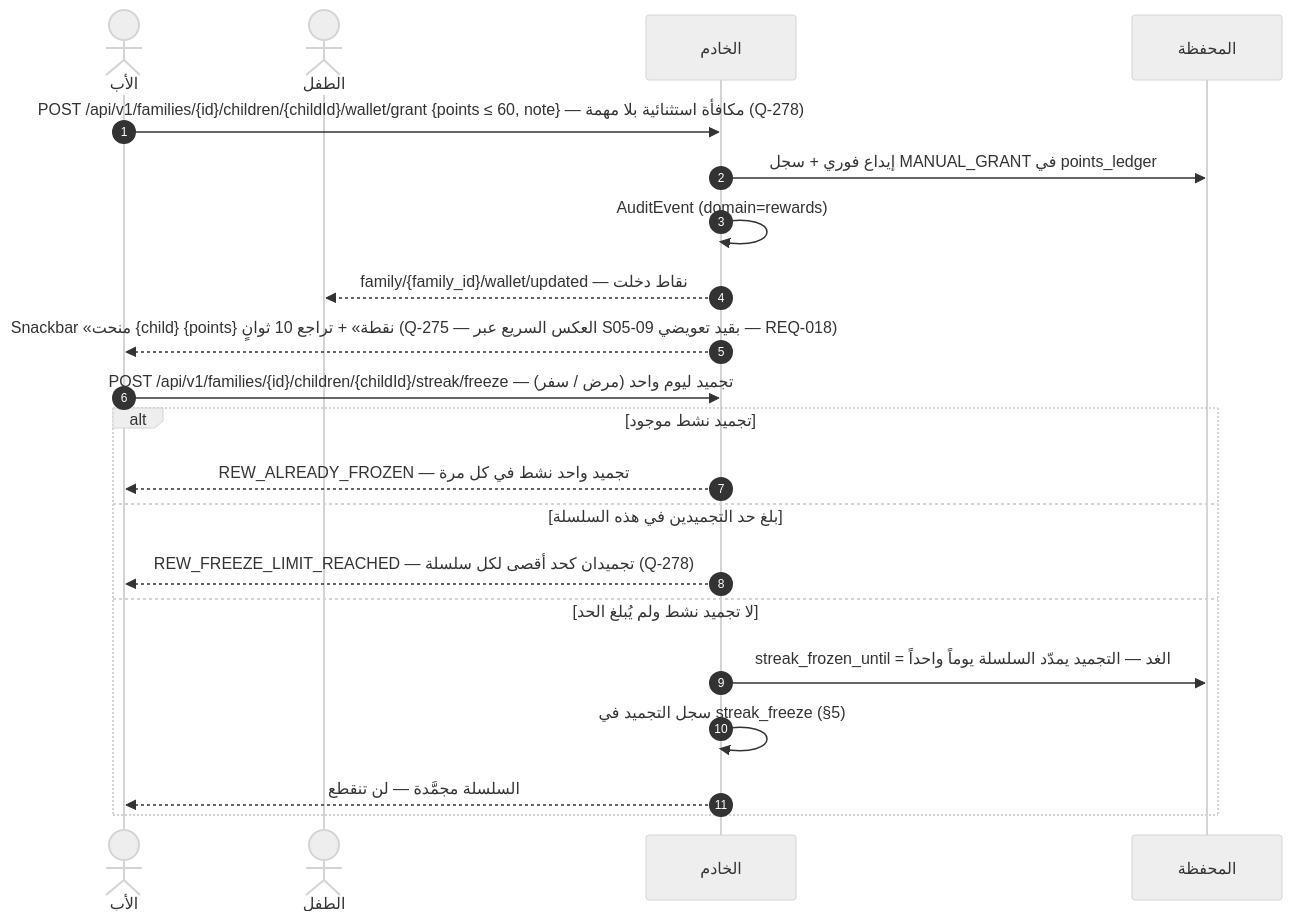
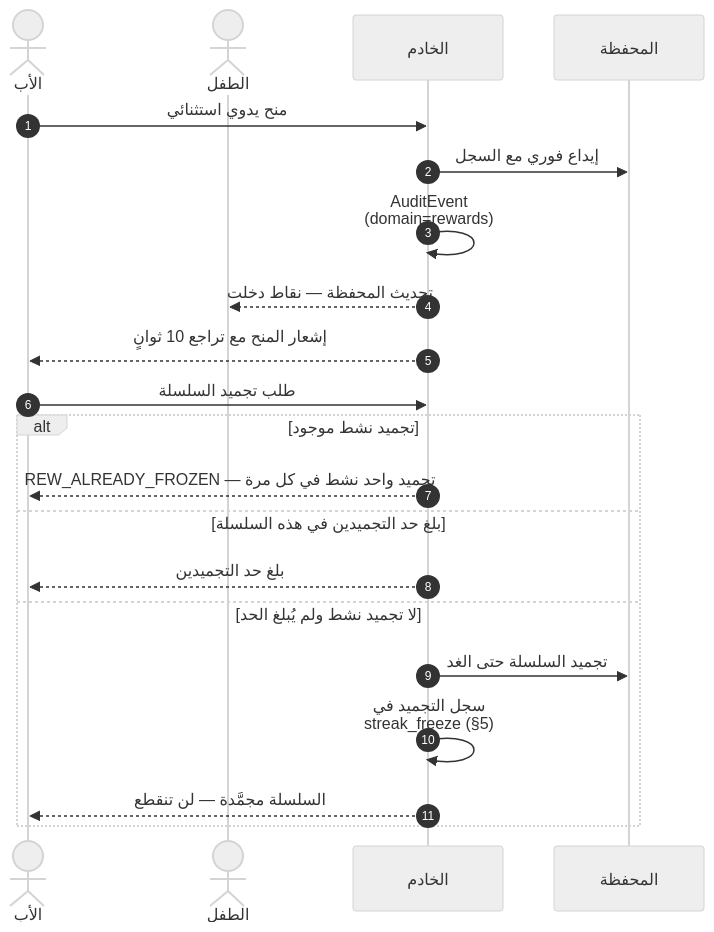
The ninth of 26 diagrams in docs/family-os/governance/phases/phase-1/S1-05-rewards-children/DIAGRAMS.md (Bassam-mohammed-alqaeadi/family-os-v2), drawn with Mermaid (neutral theme) before and after one commit. The commit also changed other lines of this file, not shown here.

````diff
--- a/docs/family-os/governance/phases/phase-1/S1-05-rewards-children/DIAGRAMS.md
+++ b/docs/family-os/governance/phases/phase-1/S1-05-rewards-children/DIAGRAMS.md
@@ -379,23 +434,24 @@
 ```mermaid
+%%{init: {"sequence": {"wrap": true}}}%%
 sequenceDiagram
     autonumber
     actor Father as الأب
     actor Child as الطفل
     participant Ktor as الخادم
-    participant Wallet as المحفظة
-    Father->>Ktor: POST /api/v1/families/{id}/children/{childId}/wallet/grant {points ≤ 60, note} — مكافأة استثنائية بلا مهمة (Q-278)
-    Ktor->>Wallet: إيداع فوري + سجل MANUAL_GRANT في points_ledger
+    participant S105 as المحفظة
+    Father->>Ktor: منح يدوي استثنائي
+    Ktor->>S105: إيداع فوري مع السجل
     Ktor->>Ktor: AuditEvent (domain=rewards)
-    Ktor-->>Child: family/{family_id}/wallet/updated — نقاط دخلت
-    Ktor-->>Father: Snackbar «منحت {child} {points} نقطة» + تراجع 10 ثوانٍ (Q-275 — العكس السريع عبر S05-09 بقيد تعويضي — REQ-018)
-    Father->>Ktor: POST /api/v1/families/{id}/children/{childId}/streak/freeze — تجميد ليوم واحد (مرض / سفر)
+    Ktor-->>Child: تحديث المحفظة — نقاط دخلت
+    Ktor-->>Father: إشعار المنح مع تراجع 10 ثوانٍ
+    Father->>Ktor: طلب تجميد السلسلة
     alt تجميد نشط موجود
         Ktor-->>Father: REW_ALREADY_FROZEN — تجميد واحد نشط في كل مرة
     else بلغ حد التجميدين في هذه السلسلة
-        Ktor-->>Father: REW_FREEZE_LIMIT_REACHED — تجميدان كحد أقصى لكل سلسلة (Q-278)
+        Ktor-->>Father: بلغ حد التجميدين
     else لا تجميد نشط ولم يُبلغ الحد
-        Ktor->>Wallet: streak_frozen_until = الغد — التجميد يمدّد السلسلة يوماً واحداً
+        Ktor->>S105: تجميد السلسلة حتى الغد
         Ktor->>Ktor: سجل التجميد في streak_freeze (§5)
         Ktor-->>Father: السلسلة مجمَّدة — لن تنقطع
     end
 ```
````
